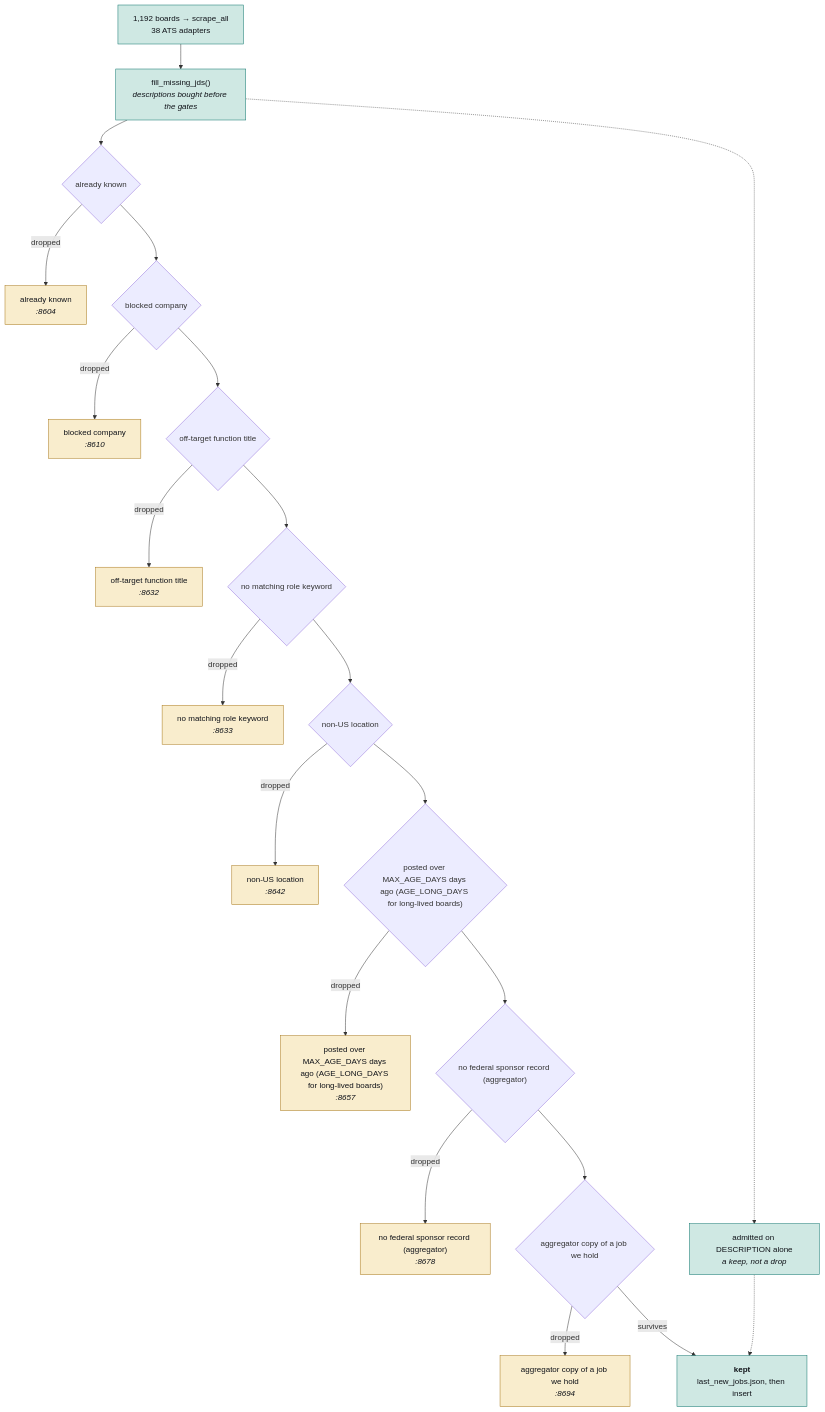
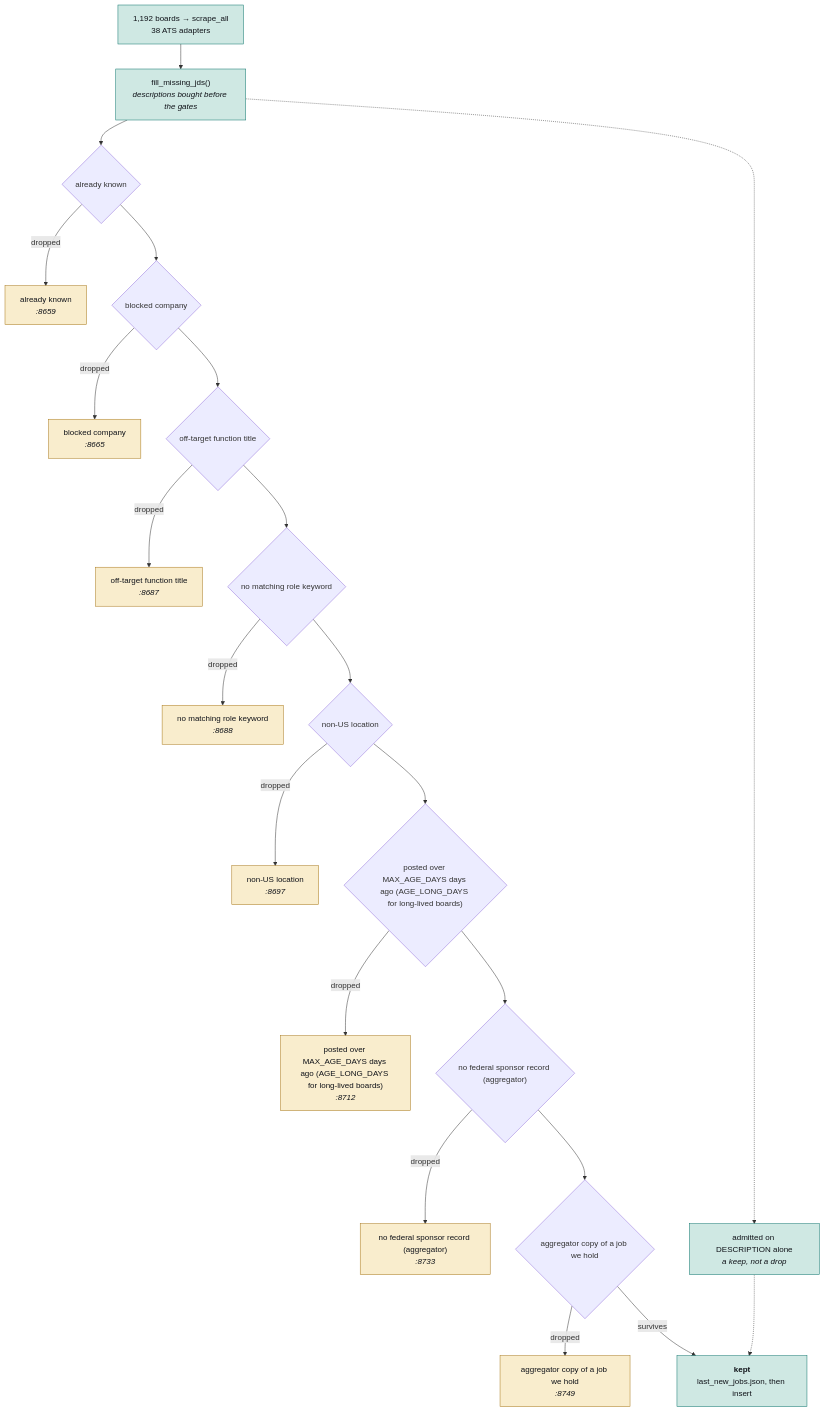
One commit to hadakunal909-debug/job-search-tool changed the second of 4 diagrams in JobMatch Scraper/docs/ARCHITECTURE.md. Above: the diagram before and after it, drawn with Mermaid. The commit also changed other lines of this file and 5 other files, not shown here.

````diff
--- a/JobMatch Scraper/docs/ARCHITECTURE.md
+++ b/JobMatch Scraper/docs/ARCHITECTURE.md
@@ -106,54 +106,54 @@
 ```mermaid
 flowchart TB
   SRC["1,192 boards → scrape_all<br/>38 ATS adapters"]
   JD["fill_missing_jds()<br/><i>descriptions bought before the gates</i>"]
   SRC --> JD
   G0{"already known"}
-  D0["already known<br/><i>:8604</i>"]
+  D0["already known<br/><i>:8659</i>"]
   JD --> G0
   G0 -->|dropped| D0
   class D0 trap
   G1{"blocked company"}
-  D1["blocked company<br/><i>:8610</i>"]
+  D1["blocked company<br/><i>:8665</i>"]
   G0 --> G1
   G1 -->|dropped| D1
   class D1 trap
   G2{"off-target function title"}
-  D2["off-target function title<br/><i>:8632</i>"]
+  D2["off-target function title<br/><i>:8687</i>"]
   G1 --> G2
   G2 -->|dropped| D2
   class D2 trap
   G3{"no matching role keyword"}
-  D3["no matching role keyword<br/><i>:8633</i>"]
+  D3["no matching role keyword<br/><i>:8688</i>"]
   G2 --> G3
   G3 -->|dropped| D3
   class D3 trap
   G4{"non-US location"}
-  D4["non-US location<br/><i>:8642</i>"]
+  D4["non-US location<br/><i>:8697</i>"]
   G3 --> G4
   G4 -->|dropped| D4
   class D4 trap
   G5{"posted over MAX_AGE_DAYS days ago (AGE_LONG_DAYS for long-lived boards)"}
-  D5["posted over MAX_AGE_DAYS days ago (AGE_LONG_DAYS for long-lived boards)<br/><i>:8657</i>"]
+  D5["posted over MAX_AGE_DAYS days ago (AGE_LONG_DAYS for long-lived boards)<br/><i>:8712</i>"]
   G4 --> G5
   G5 -->|dropped| D5
   class D5 trap
   G6{"no federal sponsor record (aggregator)"}
-  D6["no federal sponsor record (aggregator)<br/><i>:8678</i>"]
+  D6["no federal sponsor record (aggregator)<br/><i>:8733</i>"]
   G5 --> G6
   G6 -->|dropped| D6
   class D6 trap
   G7{"aggregator copy of a job we hold"}
-  D7["aggregator copy of a job we hold<br/><i>:8694</i>"]
+  D7["aggregator copy of a job we hold<br/><i>:8749</i>"]
   G6 --> G7
   G7 -->|dropped| D7
   class D7 trap
   KEEP["<b>kept</b><br/>last_new_jobs.json, then insert"]
   G7 -->|survives| KEEP
   RESCUE["admitted on DESCRIPTION alone<br/><i>a keep, not a drop</i>"]
   JD -.-> RESCUE
   RESCUE -.-> KEEP
   classDef trap fill:#f9edcd,stroke:#a8781a,color:#101319
   classDef sched fill:#cfe8e3,stroke:#0f766e,color:#101319
   class SRC,JD,KEEP,RESCUE sched
 ```
````
